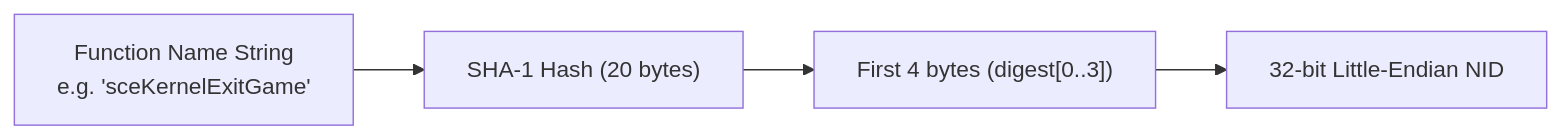
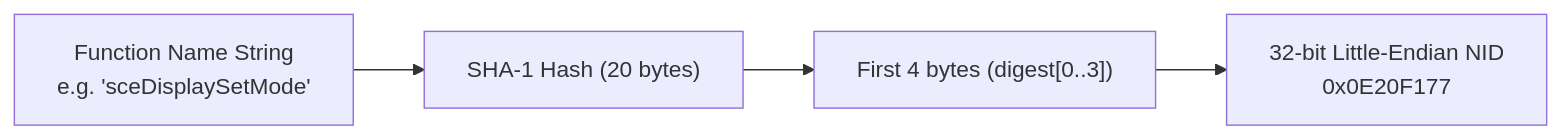
One commit to reexec/repsp changed the diagram in docs/kb/nid.md. Above: the diagram before and after it, drawn with Mermaid. The commit also changed other lines of this file and 3 other files, not shown here.

````diff
--- a/docs/kb/nid.md
+++ b/docs/kb/nid.md
@@ -16,6 +18,6 @@
 ```mermaid
 flowchart LR
-    NAME["Function Name String<br/>e.g. 'sceKernelExitGame'"] --> SHA["SHA-1 Hash (20 bytes)"]
+    NAME["Function Name String<br/>e.g. 'sceDisplaySetMode'"] --> SHA["SHA-1 Hash (20 bytes)"]
     SHA --> SLICE["First 4 bytes (digest[0..3])"]
-    SLICE --> NID["32-bit Little-Endian NID"]
+    SLICE --> NID["32-bit Little-Endian NID<br/>0x0E20F177"]
 ```
````
